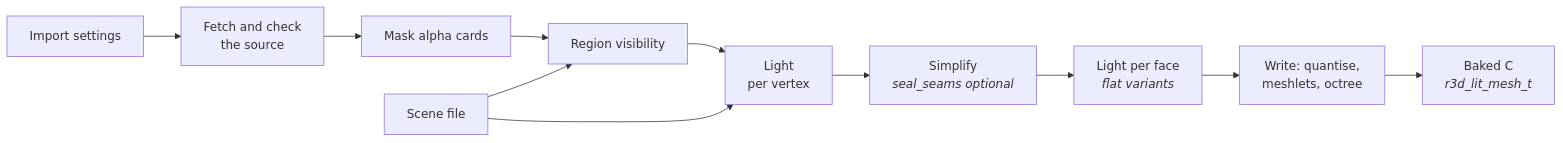
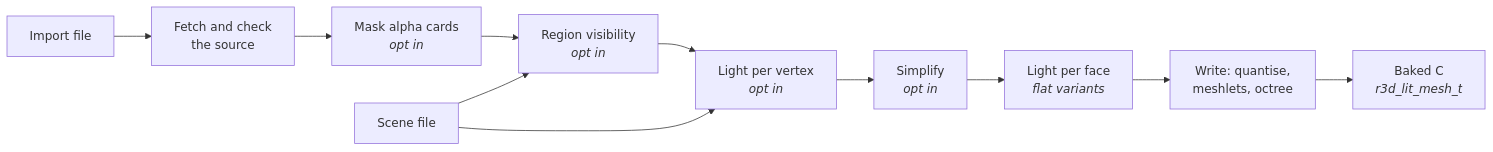
Before and after one commit to jose-villegas/autana: the first of 2 diagrams in docs/Mesh-Import.md, drawn with Mermaid. The commit also changed other lines of this file and 12 other files, not shown here.

````diff
--- a/docs/Mesh-Import.md
+++ b/docs/Mesh-Import.md
@@ -7,13 +7,13 @@
 ```mermaid
 flowchart LR
-    Settings[Import settings] --> Fetch["Fetch and check<br/>the source"]
-    Fetch --> Mask[Mask alpha cards]
-    Mask --> Vis[Region visibility]
+    Import[Import file] --> Fetch["Fetch and check<br/>the source"]
+    Fetch --> Mask["Mask alpha cards<br/><i>opt in</i>"]
+    Mask --> Vis["Region visibility<br/><i>opt in</i>"]
     Scene[Scene file] --> Vis
-    Vis --> Light["Light<br/>per vertex"]
+    Vis --> Light["Light per vertex<br/><i>opt in</i>"]
     Scene --> Light
-    Light --> Simp["Simplify<br/><i>seal_seams optional</i>"]
+    Light --> Simp["Simplify<br/><i>opt in</i>"]
     Simp --> Face["Light per face<br/><i>flat variants</i>"]
     Face --> Write["Write: quantise,<br/>meshlets, octree"]
     Write --> C["Baked C<br/><i>r3d_lit_mesh_t</i>"]
 ```
````
